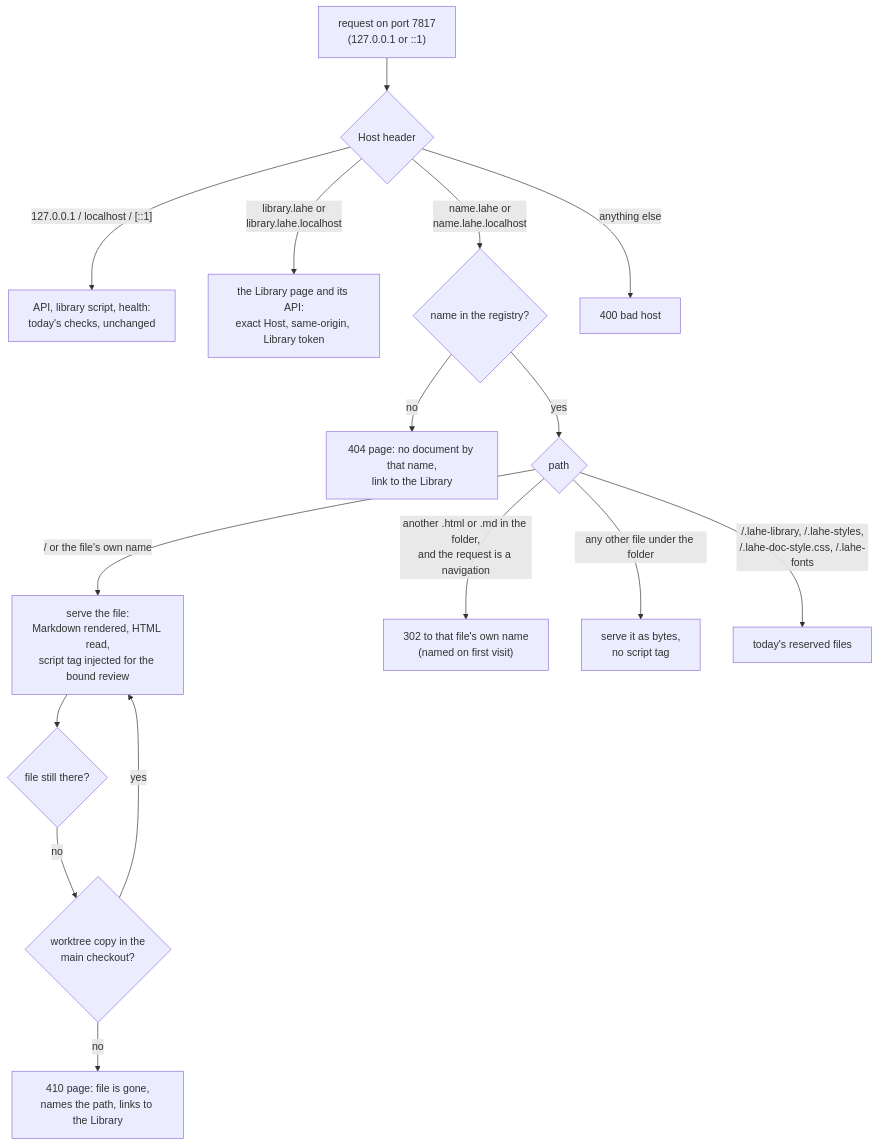
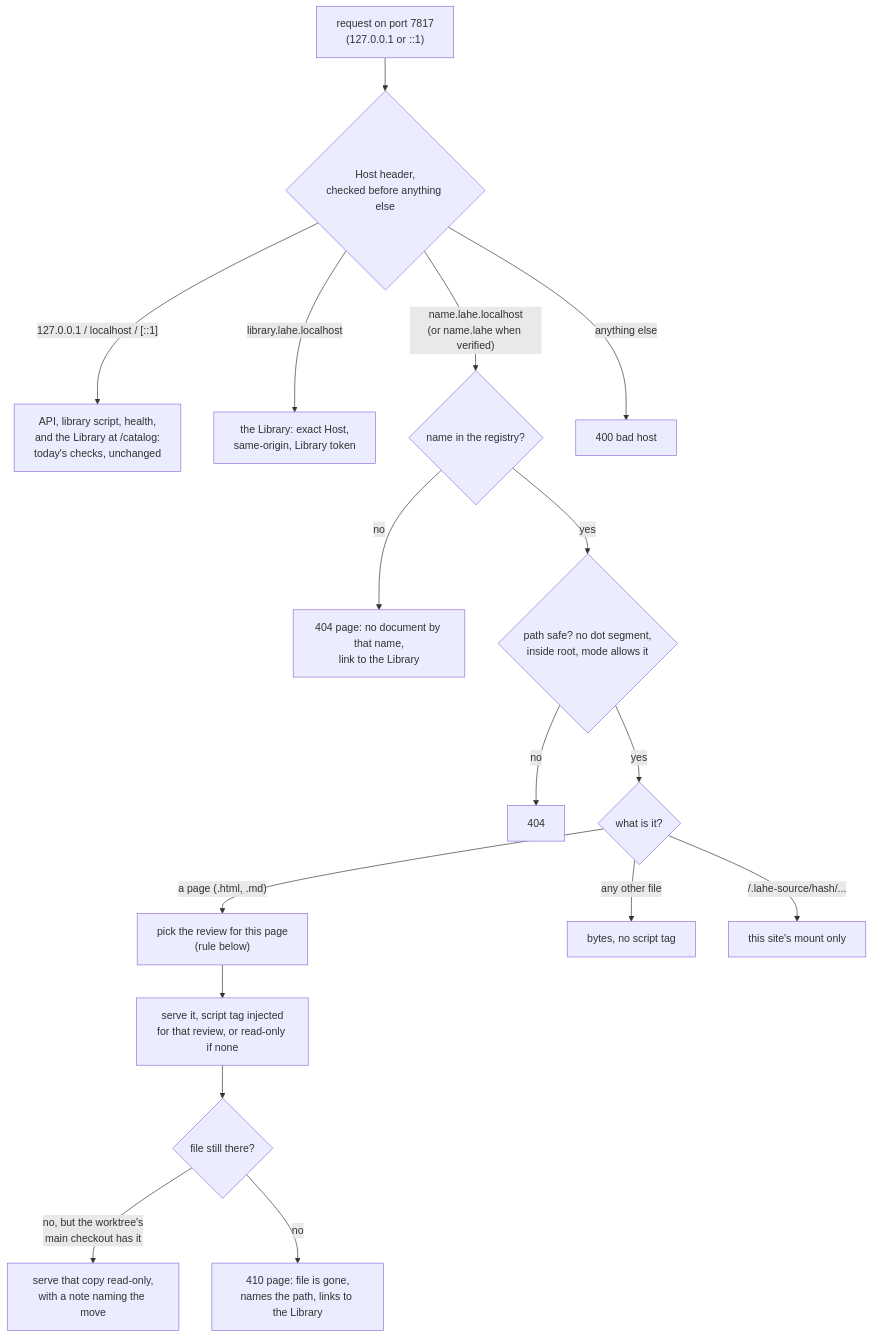
One commit to kenxle/live-agentic-html-editor changed the first of 3 diagrams in docs/features/20261011.02_stable_addresses/02_architecture_stable_addresses.md. Above: the diagram before and after it, drawn with Mermaid. The commit also changed other lines of this file and 5 other files, not shown here.

Commit message:
Stable addresses: architecture reworked after architect and security reviews; brief follows

````diff
--- a/docs/features/20261011.02_stable_addresses/02_architecture_stable_addresses.md
+++ b/docs/features/20261011.02_stable_addresses/02_architecture_stable_addresses.md
@@ -77,18 +92,19 @@
 ```mermaid
 flowchart TD
-    Req["request on port 7817<br/>(127.0.0.1 or ::1)"] --> Host{"Host header"}
-    Host -->|"127.0.0.1 / localhost / [::1]"| Api["API, library script, health:<br/>today's checks, unchanged"]
-    Host -->|"library.lahe or<br/>library.lahe.localhost"| Cat["the Library page and its API:<br/>exact Host, same-origin, Library token"]
-    Host -->|"name.lahe or<br/>name.lahe.localhost"| Known{"name in the registry?"}
+    Req["request on port 7817<br/>(127.0.0.1 or ::1)"] --> Host{"Host header,<br/>checked before anything else"}
+    Host -->|"127.0.0.1 / localhost / [::1]"| Api["API, library script, health,<br/>and the Library at /catalog:<br/>today's checks, unchanged"]
+    Host -->|"library.lahe.localhost"| Cat["the Library: exact Host,<br/>same-origin, Library token"]
+    Host -->|"name.lahe.localhost<br/>(or name.lahe when verified)"| Known{"name in the registry?"}
     Host -->|"anything else"| Bad["400 bad host"]
     Known -->|"no"| Unknown["404 page: no document by that name,<br/>link to the Library"]
-    Known -->|"yes"| Path{"path"}
-    Path -->|"/ or the file's own name"| Page["serve the file:<br/>Markdown rendered, HTML read,<br/>script tag injected for the bound review"]
-    Path -->|"another .html or .md in the folder,<br/>and the request is a navigation"| Redirect["302 to that file's own name<br/>(named on first visit)"]
-    Path -->|"any other file under the folder"| Asset["serve it as bytes,<br/>no script tag"]
-    Path -->|"/.lahe-library, /.lahe-styles,<br/>/.lahe-doc-style.css, /.lahe-fonts"| Reserved["today's reserved files"]
-    Page --> Gone{"file still there?"}
-    Gone -->|"no"| Tree{"worktree copy in the<br/>main checkout?"}
-    Tree -->|"yes"| Page
-    Tree -->|"no"| GonePage["410 page: file is gone,<br/>names the path, links to the Library"]
+    Known -->|"yes"| Safe{"path safe? no dot segment,<br/>inside root, mode allows it"}
+    Safe -->|"no"| NotFound["404"]
+    Safe -->|"yes"| Kind{"what is it?"}
+    Kind -->|"a page (.html, .md)"| Pick["pick the review for this page<br/>(rule below)"]
+    Pick --> Serve["serve it, script tag injected<br/>for that review, or read-only if none"]
+    Kind -->|"any other file"| Asset["bytes, no script tag"]
+    Kind -->|"/.lahe-source/hash/..."| Mount["this site's mount only"]
+    Serve --> Gone{"file still there?"}
+    Gone -->|"no, but the worktree's<br/>main checkout has it"| ReadOnly["serve that copy read-only,<br/>with a note naming the move"]
+    Gone -->|"no"| GonePage["410 page: file is gone,<br/>names the path, links to the Library"]
 ```
````
